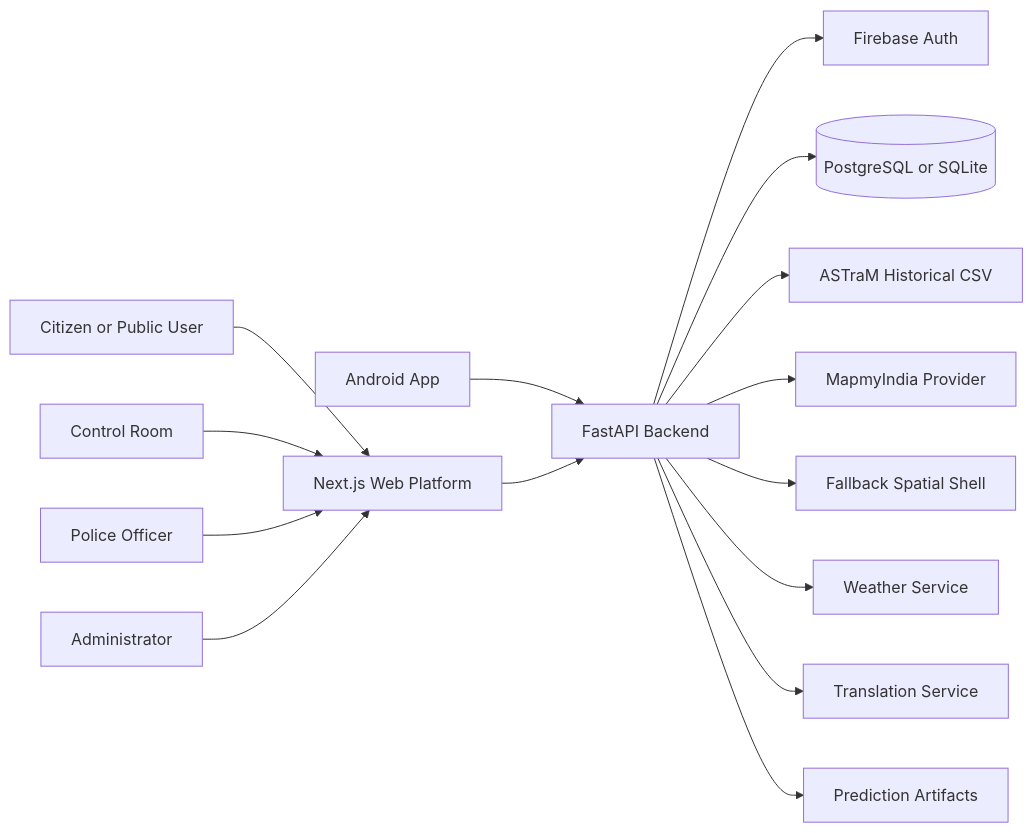
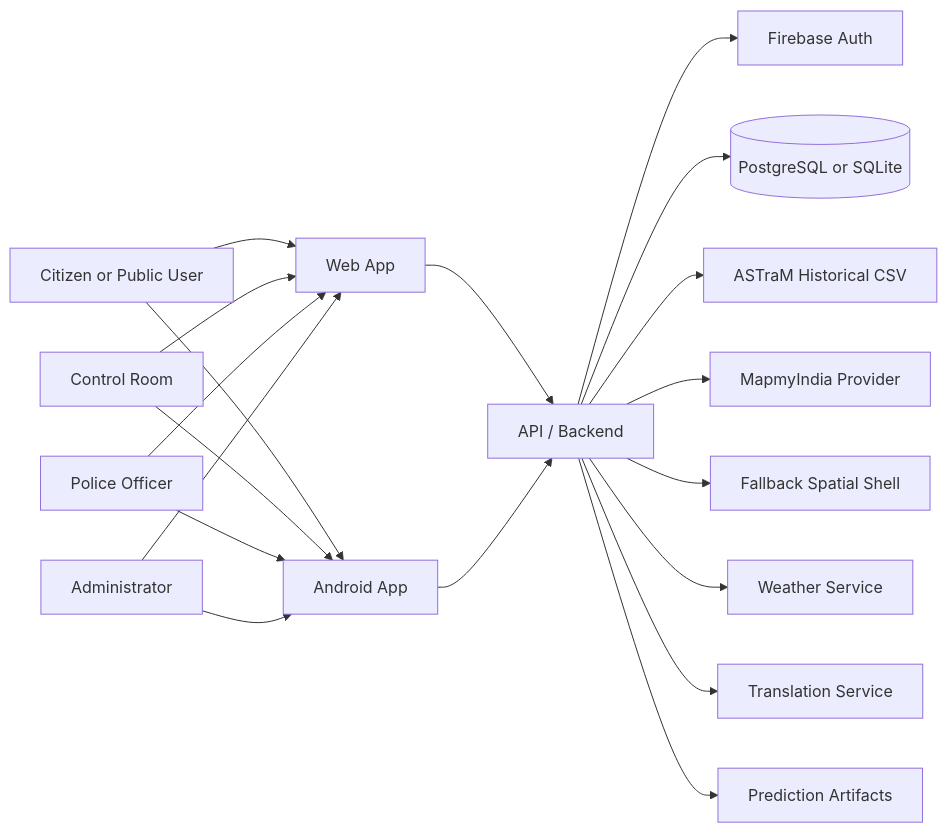
One commit to Adi-3108/Sanchar-Sarthi changed the first of 20 diagrams in README.md. Above: the diagram before and after it, drawn with Mermaid.

Commit message:
Update architecture diagram in README
Added Web and API sections to the architecture diagram.

````diff
--- a/README.md
+++ b/README.md
@@ -170,25 +170,35 @@
 ```mermaid
 flowchart LR
     Citizen[Citizen or Public User]
     ControlRoom[Control Room]
     Officer[Police Officer]
     Admin[Administrator]
+
+    Web[Web App]
     Android[Android App]
+    API[API / Backend]
 
     Citizen --> Web
+    Citizen --> Android
+
     ControlRoom --> Web
+    ControlRoom --> Android
+
     Officer --> Web
+    Officer --> Android
+
     Admin --> Web
+    Admin --> Android
+
+    Web --> API
     Android --> API
-
-    Web[Next.js Web Platform] --> API[FastAPI Backend]
 
     API --> Auth[Firebase Auth]
     API --> DB[(PostgreSQL or SQLite)]
     API --> CSV[ASTraM Historical CSV]
     API --> Maps[MapmyIndia Provider]
     API --> Fallback[Fallback Spatial Shell]
     API --> Weather[Weather Service]
     API --> Translate[Translation Service]
     API --> Models[Prediction Artifacts]
 ```
````
